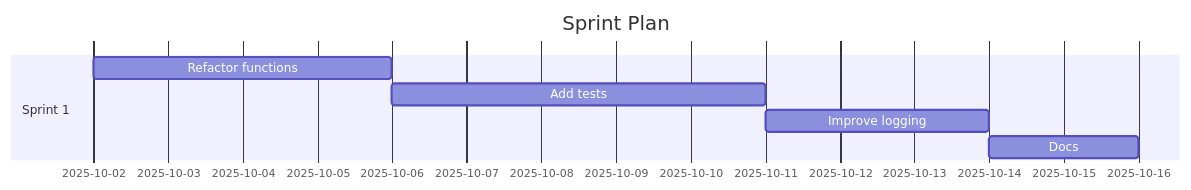
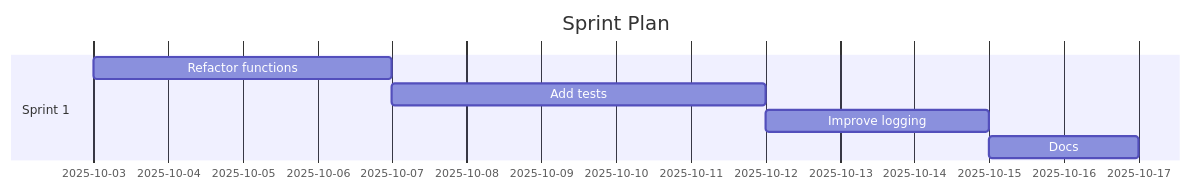
Before and after one commit to Anselmoo/mcp-ai-agent-guidelines: the diagram in demos/demo-code-analysis.sprint.md, drawn with Mermaid. The commit also changed other lines of this file and 28 other files, not shown here.

````diff
--- a/demos/demo-code-analysis.sprint.md
+++ b/demos/demo-code-analysis.sprint.md
@@ -58,11 +58,11 @@
 ```mermaid
 gantt
 	dateFormat  YYYY-MM-DD
 	title Sprint Plan
 %% Accessibility: Title=Project Sprint Plan; Description=Gantt chart of sprints and tasks over time. %%
   section Sprint 1
-  Refactor functions :s1t0, 2025-10-02, 4d
-  Add tests :s1t1, 2025-10-06, 5d
-  Improve logging :s1t2, 2025-10-11, 3d
-  Docs :s1t3, 2025-10-14, 2d
+  Refactor functions :s1t0, 2025-10-03, 4d
+  Add tests :s1t1, 2025-10-07, 5d
+  Improve logging :s1t2, 2025-10-12, 3d
+  Docs :s1t3, 2025-10-15, 2d
 ```
````
